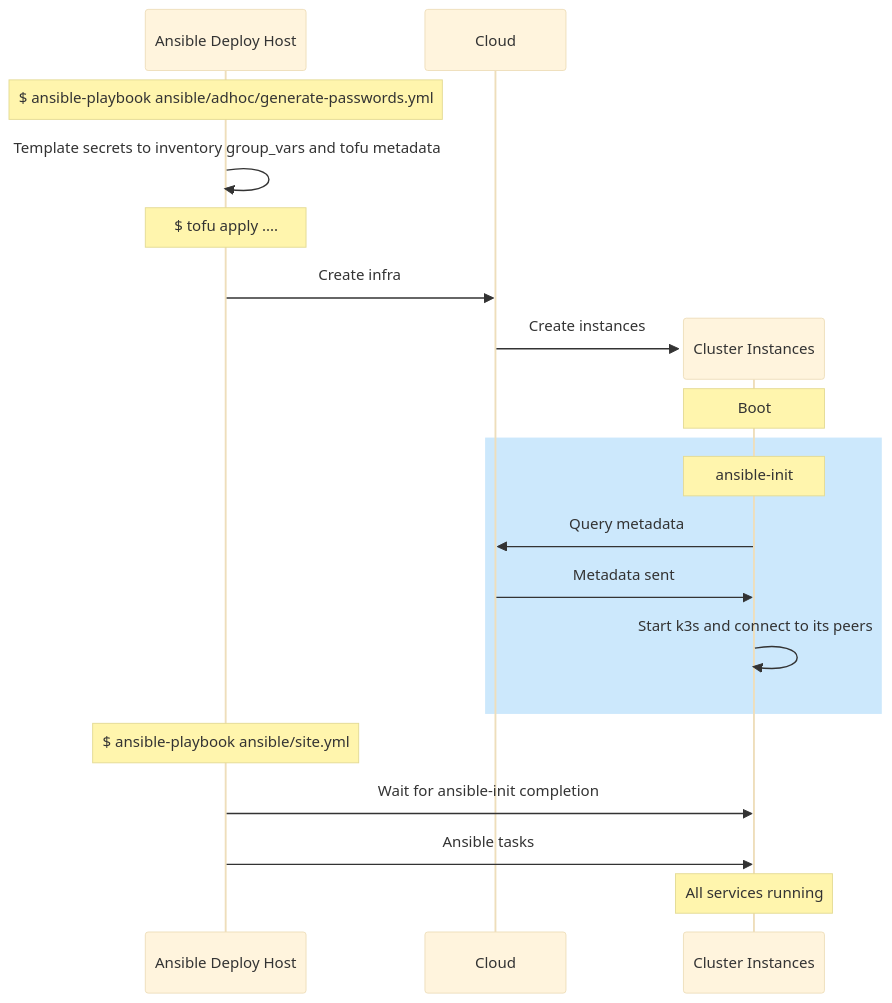
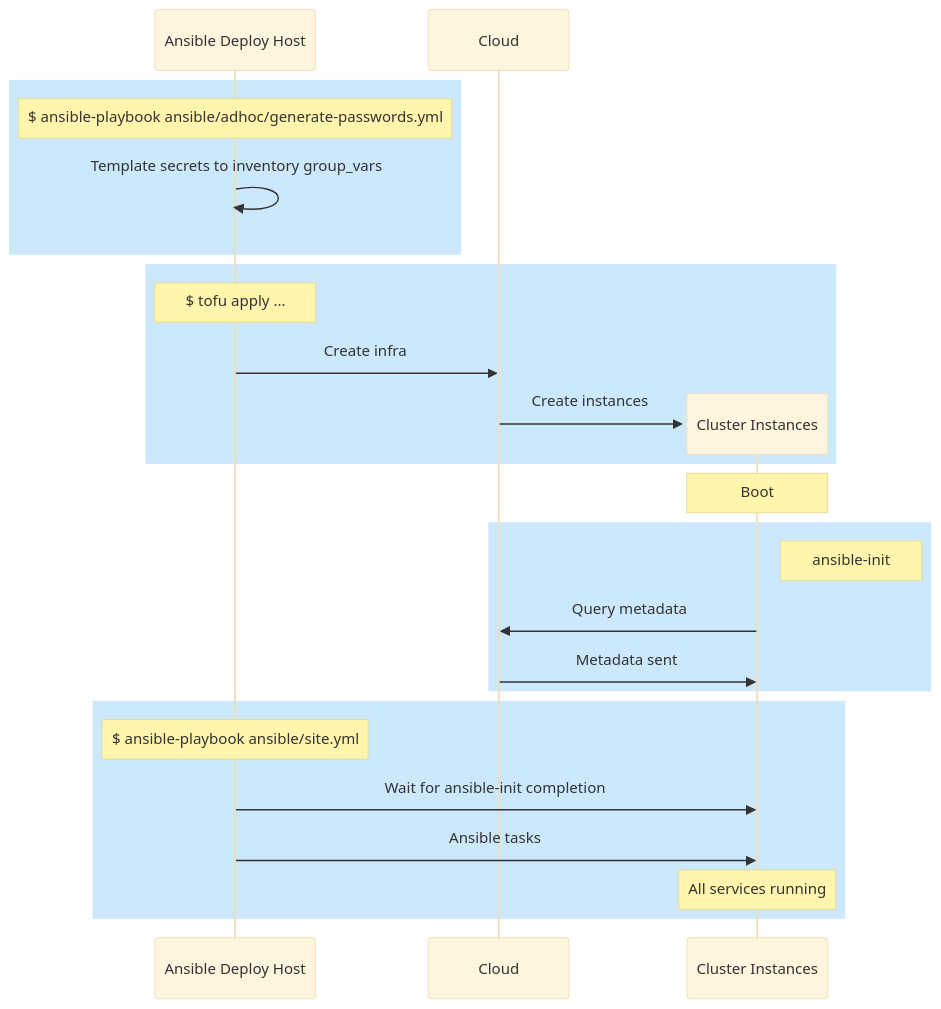
One commit to stackhpc/ansible-slurm-appliance changed the second of 3 diagrams in docs/sequence.md. Above: the diagram before and after it, drawn with Mermaid (base theme). The commit also changed other lines of this file, not shown here.

````diff
--- a/docs/sequence.md
+++ b/docs/sequence.md
@@ -51,23 +57,27 @@
 ```mermaid
 sequenceDiagram
     participant ansible as Ansible Deploy Host
     participant cloud as Cloud
+    rect rgb(204, 232, 252)
     note over ansible: $ ansible-playbook ansible/adhoc/generate-passwords.yml
-    ansible->>ansible: Template secrets to inventory group_vars and tofu metadata
-    note over ansible: $ tofu apply ....
+    ansible->>ansible: Template secrets to inventory group_vars
+    end
+    rect rgb(204, 232, 252)
+    note over ansible: $ tofu apply ...
     ansible->>cloud: Create infra
     create participant nodes as Cluster Instances
     cloud->>nodes: Create instances
+    end
     note over nodes: Boot
     rect rgb(204, 232, 252)
-    note over nodes: ansible-init
+    note right of nodes: ansible-init
     nodes->>cloud: Query metadata
     cloud->>nodes: Metadata sent
-    nodes->>nodes: Start k3s and connect to its peers
     end
+    rect rgb(204, 232, 252)
     note over ansible: $ ansible-playbook ansible/site.yml
     ansible->>nodes: Wait for ansible-init completion
     ansible->>nodes: Ansible tasks
     note over nodes: All services running
-
+    end
 ```
````
